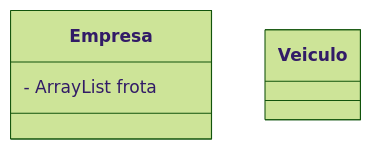
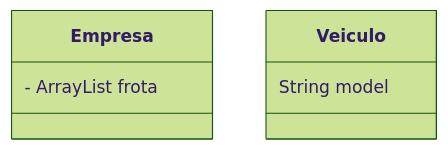
Before and after one commit to Aluno55/POO: the diagram in lab-04/app/src/main/java/engtelecom/poo/README3.md, drawn with Mermaid (forest theme). The commit also changed 3 other files, not shown here.

````diff
--- a/lab-04/app/src/main/java/engtelecom/poo/README3.md
+++ b/lab-04/app/src/main/java/engtelecom/poo/README3.md
@@ -1,8 +1,9 @@
 ```mermaid
 classDiagram
     class Empresa{
         - ArrayList<Veiculo> frota
-    
     }
-    class Veiculo
+    class Veiculo{
+        String model
+    }
 ```
````
